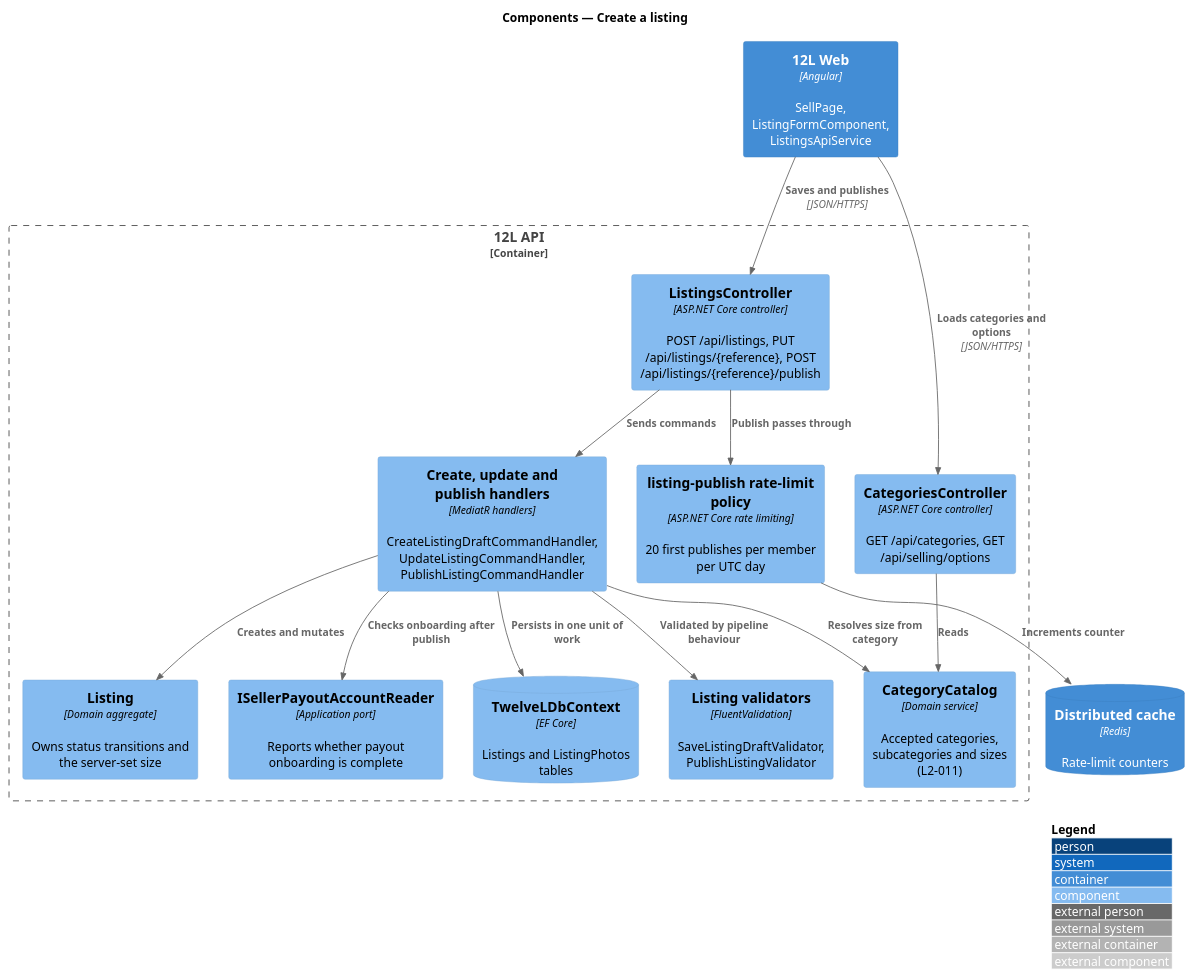
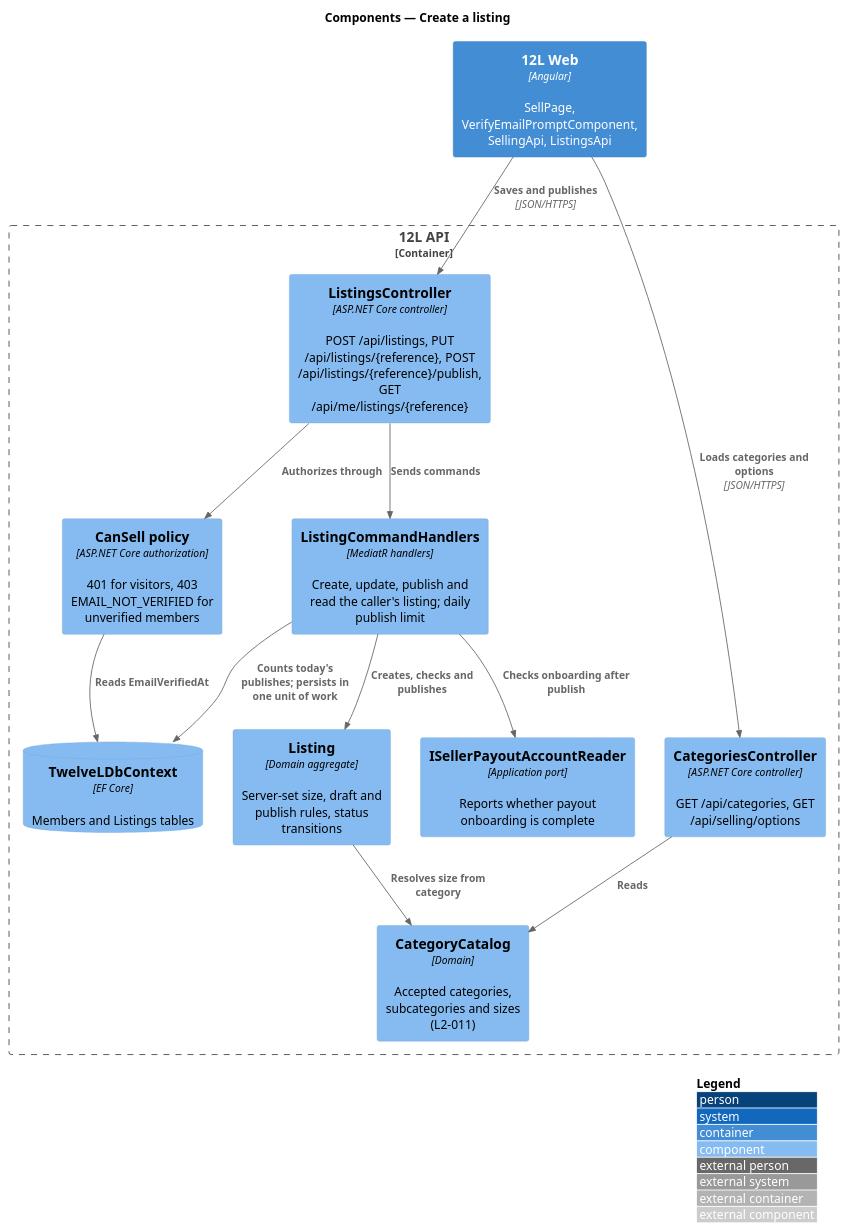
The diagram in docs/detailed-designs/listings/create-listing/diagrams/c4-component.puml (QuinntyneBrown/12l), drawn with PlantUML before and after one commit. The commit also changed 89 other files, not shown here.

First line of the commit message:
Document create-listing and sign-up-and-sign-in: designs, ADRs, design system, estimates

```diff
--- a/docs/detailed-designs/listings/create-listing/diagrams/c4-component.puml
+++ b/docs/detailed-designs/listings/create-listing/diagrams/c4-component.puml
@@ -1,31 +1,28 @@
 @startuml
 !include <C4/C4_Component>
 LAYOUT_WITH_LEGEND()
 title Components — Create a listing
 
-Container(web, "12L Web", "Angular", "SellPage, ListingFormComponent, ListingsApiService")
+Container(web, "12L Web", "Angular", "SellPage, VerifyEmailPromptComponent, SellingApi, ListingsApi")
 Container_Boundary(api, "12L API") {
   Component(catCtrl, "CategoriesController", "ASP.NET Core controller", "GET /api/categories, GET /api/selling/options")
-  Component(ctrl, "ListingsController", "ASP.NET Core controller", "POST /api/listings, PUT /api/listings/{reference}, POST /api/listings/{reference}/publish")
-  Component(limiter, "listing-publish rate-limit policy", "ASP.NET Core rate limiting", "20 first publishes per member per UTC day")
-  Component(validators, "Listing validators", "FluentValidation", "SaveListingDraftValidator, PublishListingValidator")
-  Component(handlers, "Create, update and publish handlers", "MediatR handlers", "CreateListingDraftCommandHandler, UpdateListingCommandHandler, PublishListingCommandHandler")
-  Component(rules, "CategoryCatalog", "Domain service", "Accepted categories, subcategories and sizes (L2-011)")
-  Component(entity, "Listing", "Domain aggregate", "Owns status transitions and the server-set size")
+  Component(ctrl, "ListingsController", "ASP.NET Core controller", "POST /api/listings, PUT /api/listings/{reference}, POST /api/listings/{reference}/publish, GET /api/me/listings/{reference}")
+  Component(policy, "CanSell policy", "ASP.NET Core authorization", "401 for visitors, 403 EMAIL_NOT_VERIFIED for unverified members")
+  Component(handlers, "ListingCommandHandlers", "MediatR handlers", "Create, update, publish and read the caller's listing; daily publish limit")
+  Component(rules, "CategoryCatalog", "Domain", "Accepted categories, subcategories and sizes (L2-011)")
+  Component(entity, "Listing", "Domain aggregate", "Server-set size, draft and publish rules, status transitions")
   Component(payout, "ISellerPayoutAccountReader", "Application port", "Reports whether payout onboarding is complete")
-  ComponentDb(db, "TwelveLDbContext", "EF Core", "Listings and ListingPhotos tables")
+  ComponentDb(db, "TwelveLDbContext", "EF Core", "Members and Listings tables")
 }
-ContainerDb(cache, "Distributed cache", "Redis", "Rate-limit counters")
 
 Rel(web, catCtrl, "Loads categories and options", "JSON/HTTPS")
 Rel(web, ctrl, "Saves and publishes", "JSON/HTTPS")
 Rel(catCtrl, rules, "Reads")
-Rel(ctrl, limiter, "Publish passes through")
-Rel(limiter, cache, "Increments counter")
+Rel(ctrl, policy, "Authorizes through")
+Rel(policy, db, "Reads EmailVerifiedAt")
 Rel(ctrl, handlers, "Sends commands")
-Rel(handlers, validators, "Validated by pipeline behaviour")
-Rel(handlers, rules, "Resolves size from category")
-Rel(handlers, entity, "Creates and mutates")
+Rel(handlers, db, "Counts today's publishes; persists in one unit of work")
+Rel(handlers, entity, "Creates, checks and publishes")
+Rel(entity, rules, "Resolves size from category")
 Rel(handlers, payout, "Checks onboarding after publish")
-Rel(handlers, db, "Persists in one unit of work")
 @enduml
```
